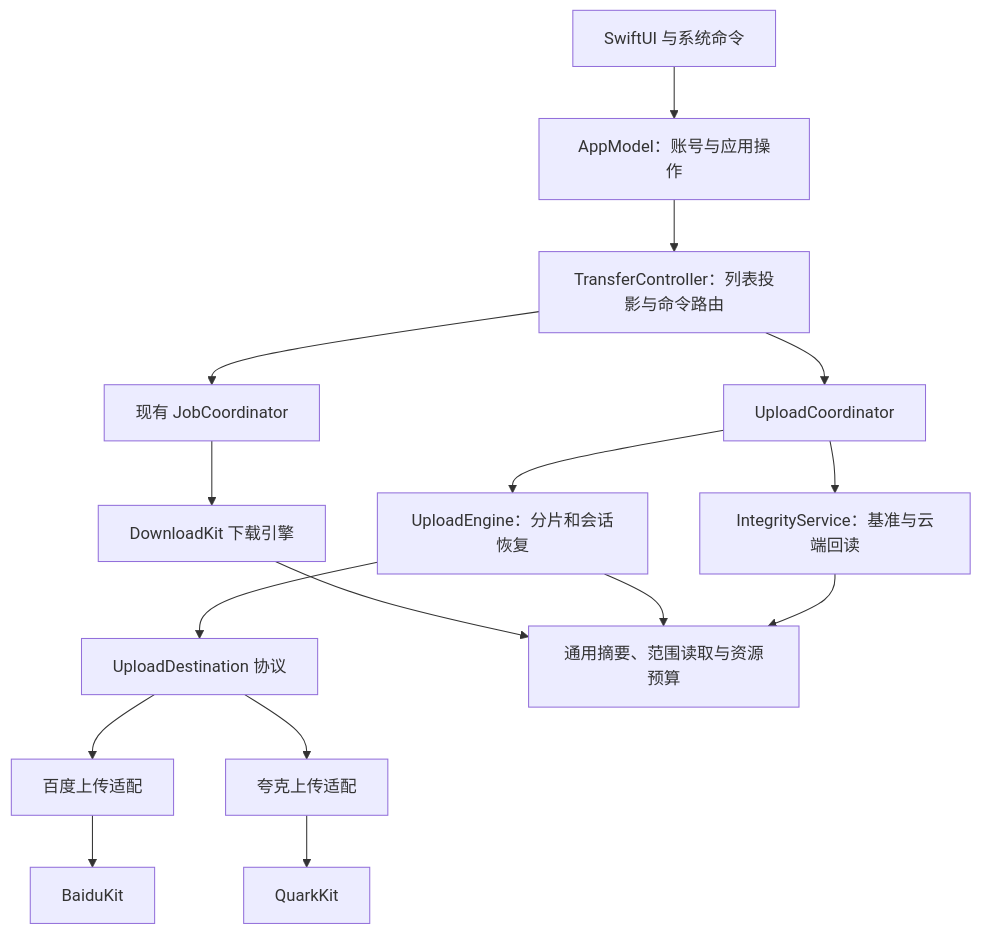
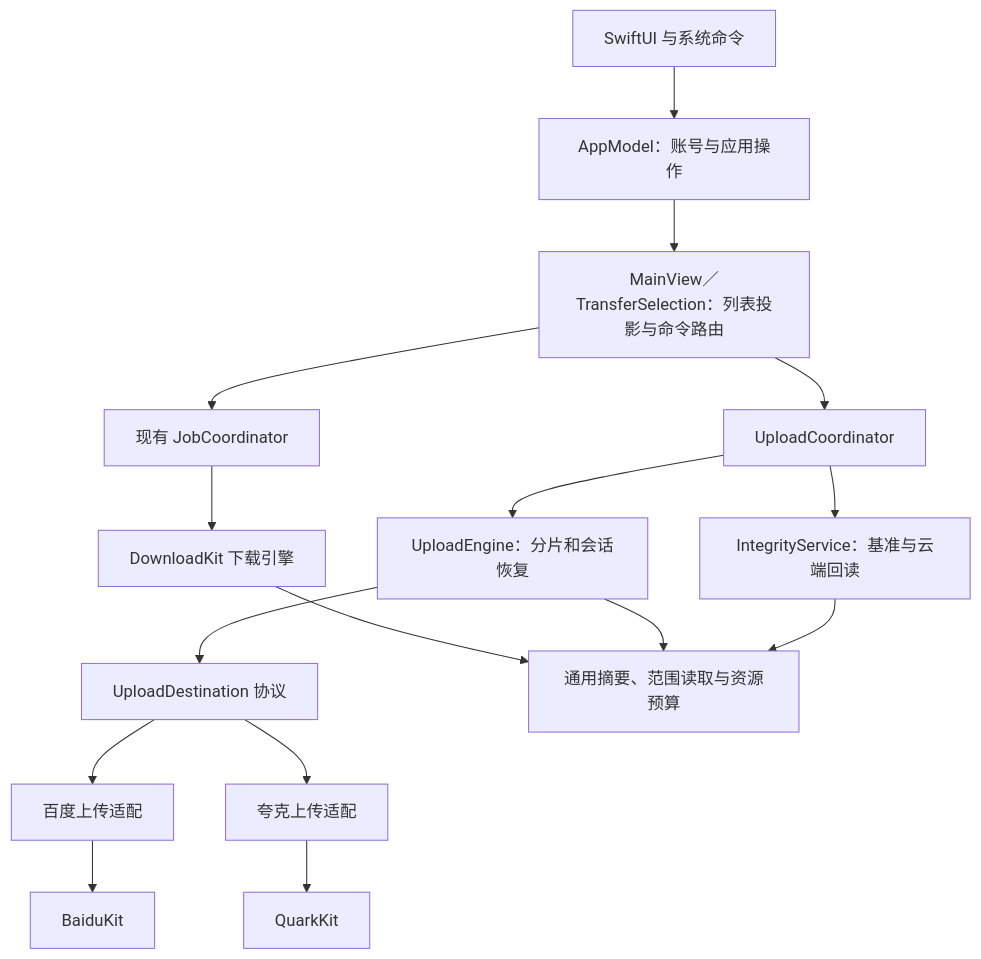
The diagram in docs/v3/architecture.md (yjcdon/ferry-plus), drawn with Mermaid before and after one commit. The commit also changed other lines of this file and 1 other file, not shown here.

````diff
--- a/docs/v3/architecture.md
+++ b/docs/v3/architecture.md
@@ -25,18 +25,18 @@
 ```mermaid
 flowchart TD
     UI[SwiftUI 与系统命令] --> APP[AppModel：账号与应用操作]
-    APP --> VIEW[TransferController：列表投影与命令路由]
+    APP --> VIEW[MainView／TransferSelection：列表投影与命令路由]
     VIEW --> DOWN[现有 JobCoordinator]
     VIEW --> UP[UploadCoordinator]
     DOWN --> DK[DownloadKit 下载引擎]
     UP --> ENG[UploadEngine：分片和会话恢复]
     ENG --> PORT[UploadDestination 协议]
     PORT --> BA[百度上传适配]
     PORT --> QA[夸克上传适配]
     BA --> BK[BaiduKit]
     QA --> QK[QuarkKit]
     UP --> INTEGRITY[IntegrityService：基准与云端回读]
     DK --> UTIL[通用摘要、范围读取与资源预算]
     ENG --> UTIL
     INTEGRITY --> UTIL
 ```
````
